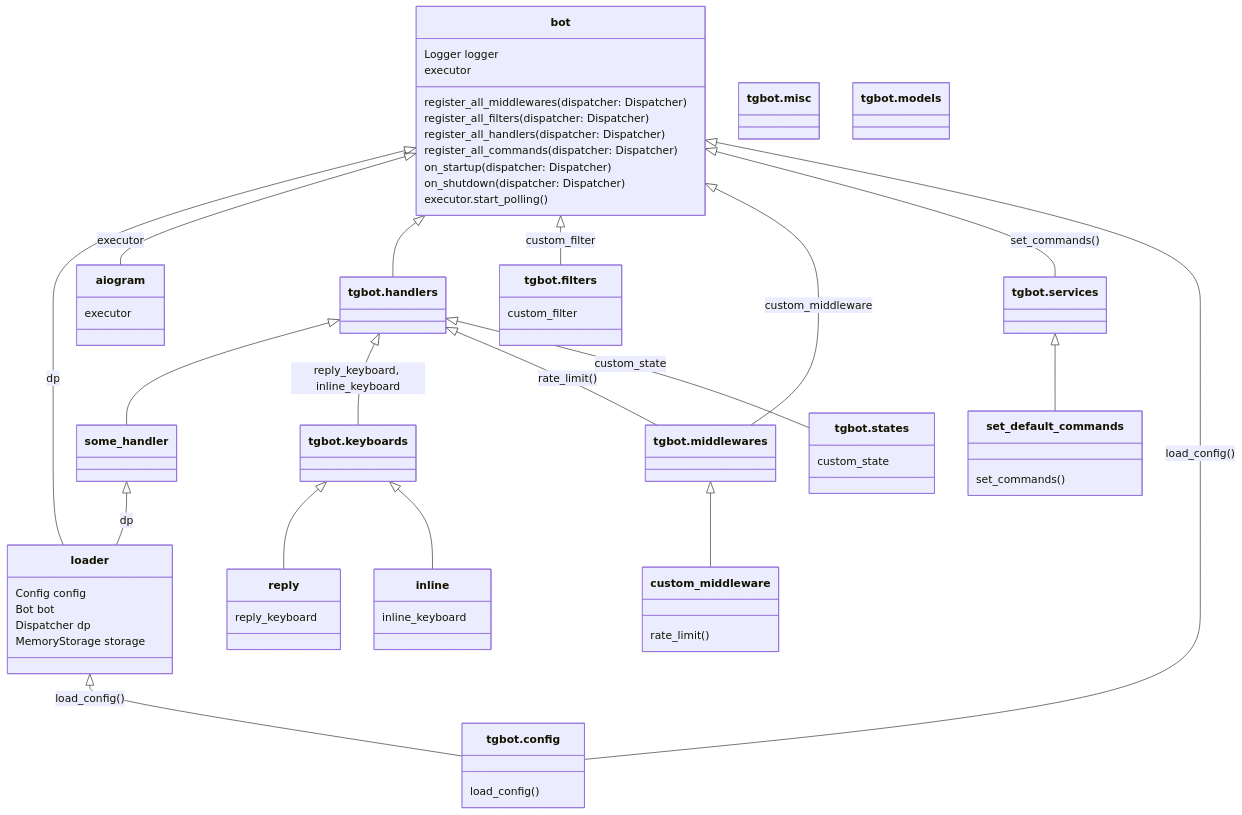
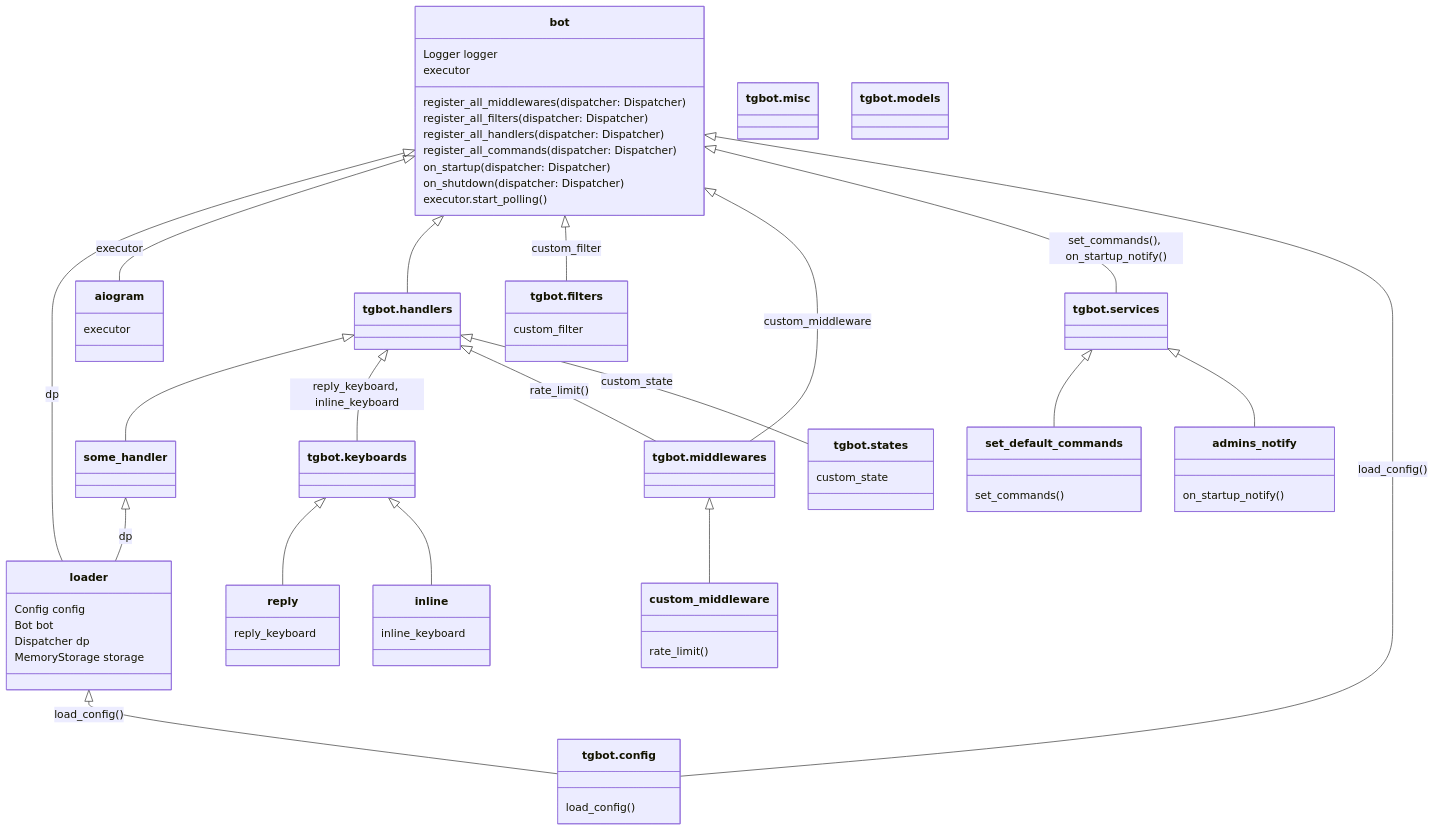
The diagram in README.md (mezgoodle/bot_template), drawn with Mermaid before and after one commit.

```diff
--- a/README.md
+++ b/README.md
@@ -30,7 +30,7 @@
     bot <|-- `tgbot.handlers`
     bot <|-- `tgbot.filters`: custom_filter
     bot <|-- `tgbot.middlewares` : custom_middleware
-    bot <|-- `tgbot.services` : set_commands()
+    bot <|-- `tgbot.services` : set_commands(), on_startup_notify()
     bot <|-- `tgbot.config` : load_config()
     `tgbot.handlers` <|-- some_handler
     `tgbot.handlers` <|-- `tgbot.keyboards`: reply_keyboard, inline_keyboard
@@ -42,6 +42,7 @@
     `tgbot.keyboards` <|-- inline
     `tgbot.middlewares` <|-- custom_middleware
     `tgbot.services` <|-- set_default_commands
+    `tgbot.services` <|-- admins_notify
     class bot{
       Logger logger
       executor
@@ -100,6 +101,9 @@
     class set_default_commands {
         set_commands()
     }
+    class admins_notify {
+        on_startup_notify()
+    }
     class `tgbot.states` {
         custom_state
     }
```
